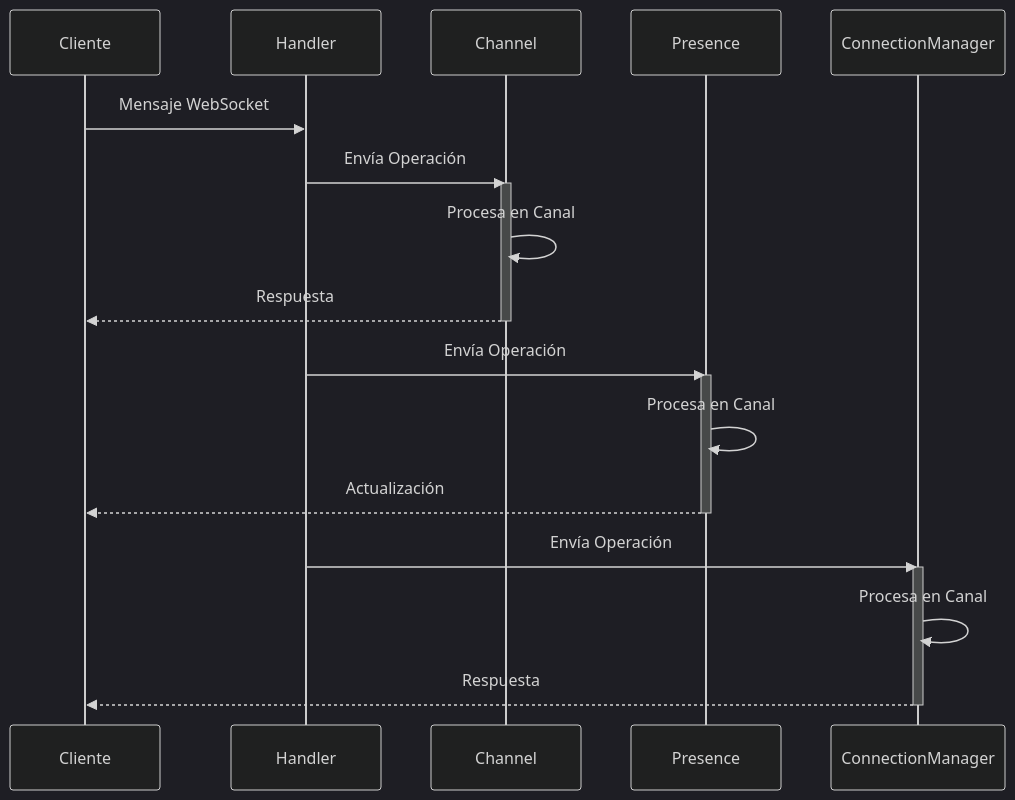
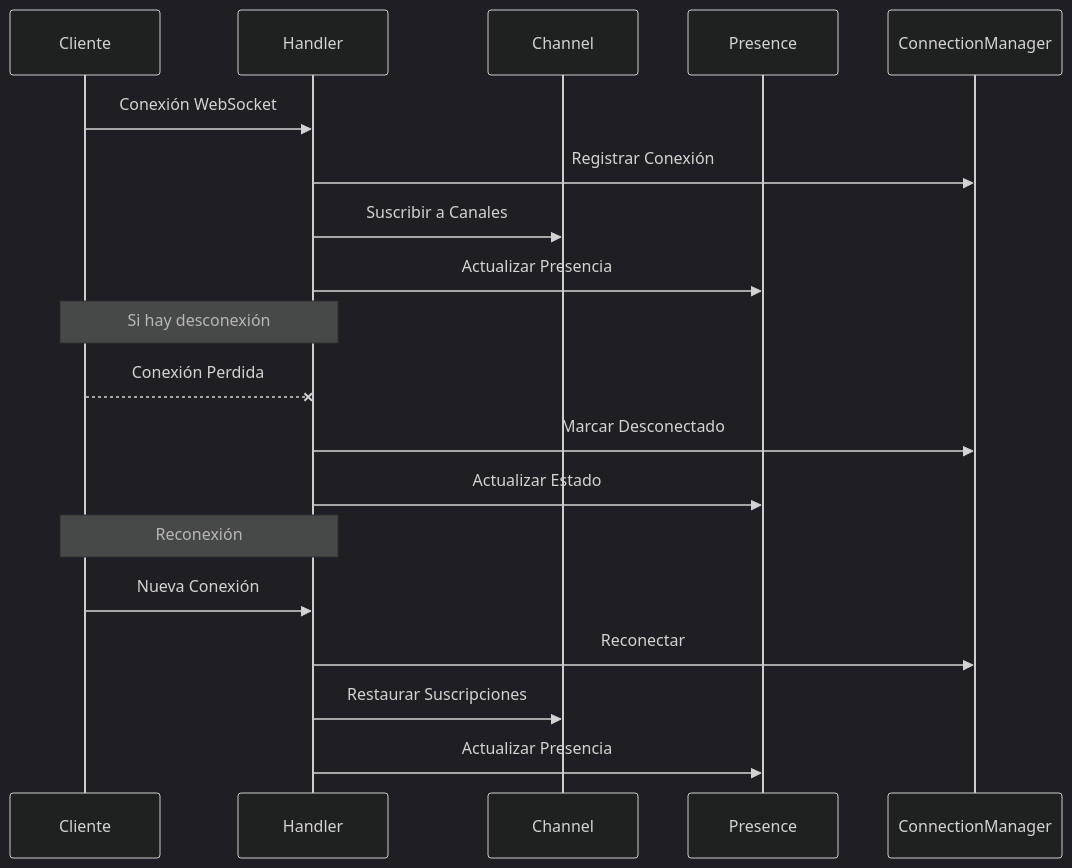
The second of 7 diagrams in README.md (Hauyna/hauyna-web-socket), drawn with Mermaid (dark theme) before and after one commit. The commit also changed other lines of this file and 1 other file, not shown here.

````diff
--- a/README.md
+++ b/README.md
@@ -80,27 +80,24 @@
 ```mermaid
 sequenceDiagram
     participant C as Cliente
     participant H as Handler
     participant Ch as Channel
     participant P as Presence
     participant CM as ConnectionManager
     
-    C->>H: Mensaje WebSocket
-    H->>Ch: Envía Operación
-    activate Ch
-    Ch->>Ch: Procesa en Canal
-    Ch-->>C: Respuesta
-    deactivate Ch
+    C->>H: Conexión WebSocket
+    H->>CM: Registrar Conexión
+    H->>Ch: Suscribir a Canales
+    H->>P: Actualizar Presencia
     
-    H->>P: Envía Operación
-    activate P
-    P->>P: Procesa en Canal
-    P-->>C: Actualización
-    deactivate P
+    Note over C,H: Si hay desconexión
+    C--xH: Conexión Perdida
+    H->>CM: Marcar Desconectado
+    H->>P: Actualizar Estado
     
-    H->>CM: Envía Operación
-    activate CM
-    CM->>CM: Procesa en Canal
-    CM-->>C: Respuesta
-    deactivate CM
+    Note over C,H: Reconexión
+    C->>H: Nueva Conexión
+    H->>CM: Reconectar
+    H->>Ch: Restaurar Suscripciones
+    H->>P: Actualizar Presencia
 ```
````
